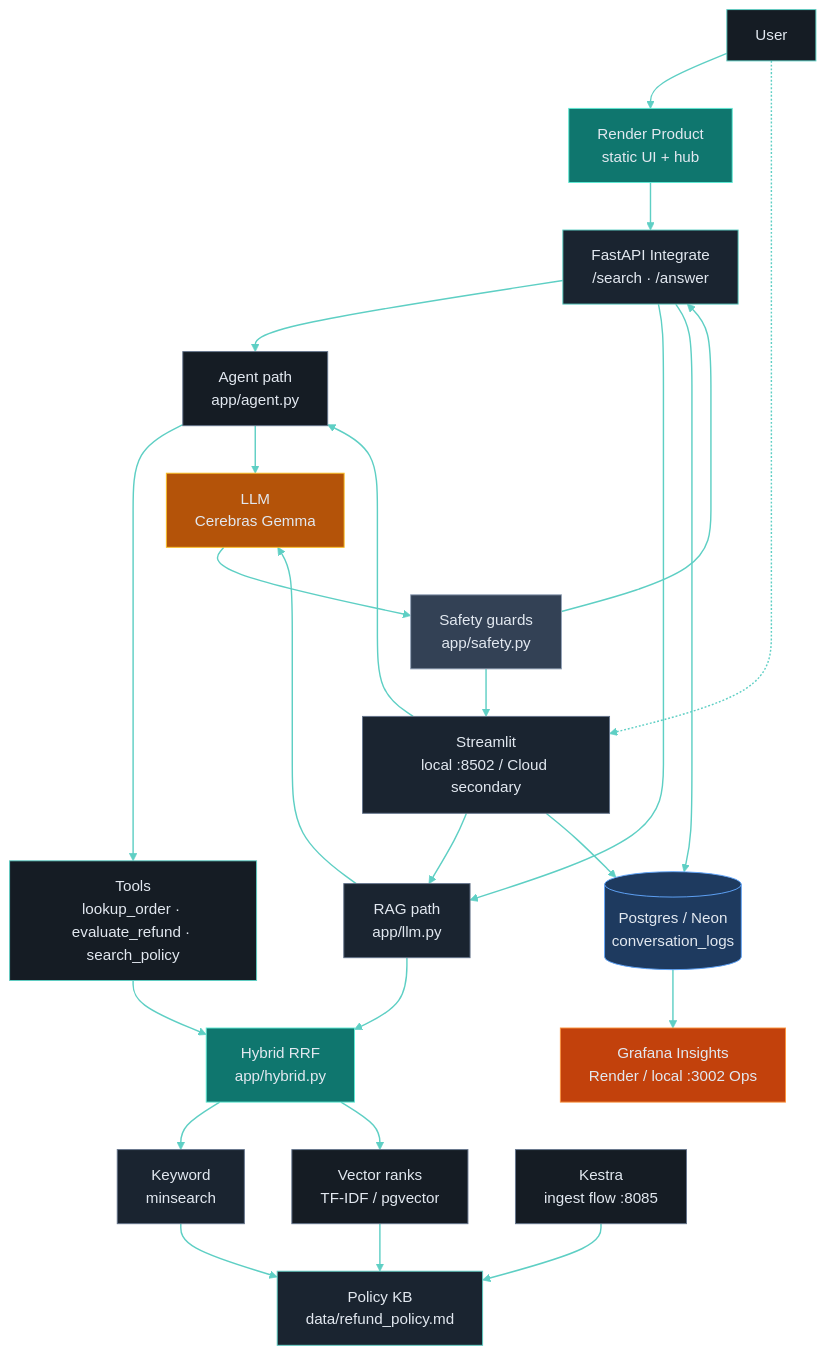
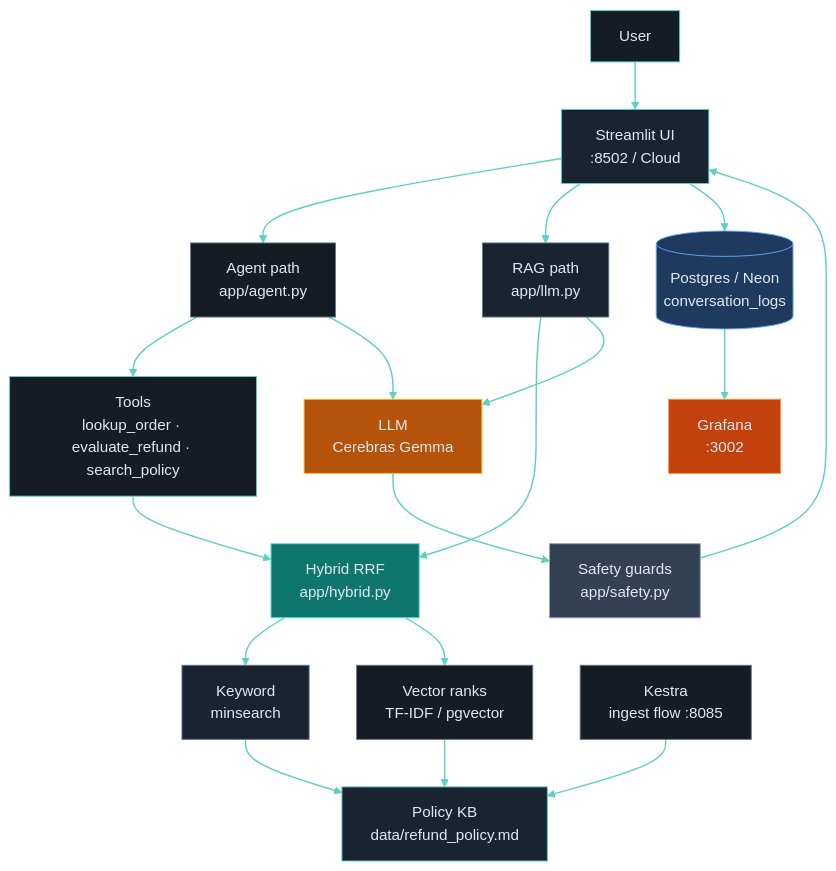
The diagram in README.md (zakard114/policy-refund-agent), drawn with Mermaid before and after one commit. The commit also changed other lines of this file, not shown here.

Commit message:
Restore compact Mermaid layout; keep colored nodes.

````diff
--- a/README.md
+++ b/README.md
@@ -149,63 +149,52 @@
 ```mermaid
-%%{init: {"theme":"base","themeVariables":{"lineColor":"#5ecfc4","primaryBorderColor":"#5ecfc4"}}}%%
 flowchart TD
     User["User"]
-    Product["Render Product<br/>static UI + hub"]
-    API["FastAPI Integrate<br/>/search · /answer"]
-    ST["Streamlit<br/>local :8502 / Cloud secondary"]
+    ST["Streamlit UI<br/>:8502 / Cloud"]
     Agent["Agent path<br/>app/agent.py"]
     RAG["RAG path<br/>app/llm.py"]
     Tools["Tools<br/>lookup_order · evaluate_refund · search_policy"]
     Hybrid["Hybrid RRF<br/>app/hybrid.py"]
     KW["Keyword<br/>minsearch"]
     Vec["Vector ranks<br/>TF-IDF / pgvector"]
     Policy["Policy KB<br/>data/refund_policy.md"]
     LLM["LLM<br/>Cerebras Gemma"]
     Safety["Safety guards<br/>app/safety.py"]
     PG[("Postgres / Neon<br/>conversation_logs")]
-    GF["Grafana Insights<br/>Render / local :3002 Ops"]
+    GF["Grafana<br/>:3002"]
     Kestra["Kestra<br/>ingest flow :8085"]
 
-    User --> Product
-    Product --> API
-    User -.-> ST
-    API --> Agent
-    API --> RAG
+    User --> ST
     ST --> Agent
     ST --> RAG
     Agent --> Tools
     Tools --> Hybrid
     RAG --> Hybrid
     Hybrid --> KW
     Hybrid --> Vec
     KW --> Policy
     Vec --> Policy
     Agent --> LLM
     RAG --> LLM
     LLM --> Safety
-    Safety --> API
     Safety --> ST
-    API --> PG
     ST --> PG
     PG --> GF
     Kestra --> Policy
 
     linkStyle default stroke:#5ecfc4,stroke-width:1.5px
 
     style User fill:#151c24,color:#e2e8f0,stroke:#5ecfc4
-    style Product fill:#0f766e,color:#e2e8f0,stroke:#5eead4
-    style API fill:#1a2430,color:#e2e8f0,stroke:#5ecfc4
-    style ST fill:#1a2430,color:#e2e8f0,stroke:#64748b
+    style ST fill:#1a2430,color:#e2e8f0,stroke:#5ecfc4
     style Agent fill:#151c24,color:#e2e8f0,stroke:#64748b
     style RAG fill:#1a2430,color:#e2e8f0,stroke:#64748b
     style Tools fill:#151c24,color:#e2e8f0,stroke:#5ecfc4
     style Hybrid fill:#0f766e,color:#e2e8f0,stroke:#5eead4
     style KW fill:#1a2430,color:#e2e8f0,stroke:#64748b
     style Vec fill:#151c24,color:#e2e8f0,stroke:#64748b
     style Policy fill:#1a2430,color:#e2e8f0,stroke:#5ecfc4
     style LLM fill:#b45309,color:#e2e8f0,stroke:#fbbf24
     style Safety fill:#334155,color:#e2e8f0,stroke:#94a3b8
     style PG fill:#1e3a5f,color:#e2e8f0,stroke:#60a5fa
     style GF fill:#c2410c,color:#e2e8f0,stroke:#fb923c
     style Kestra fill:#151c24,color:#e2e8f0,stroke:#64748b
 ```
````
